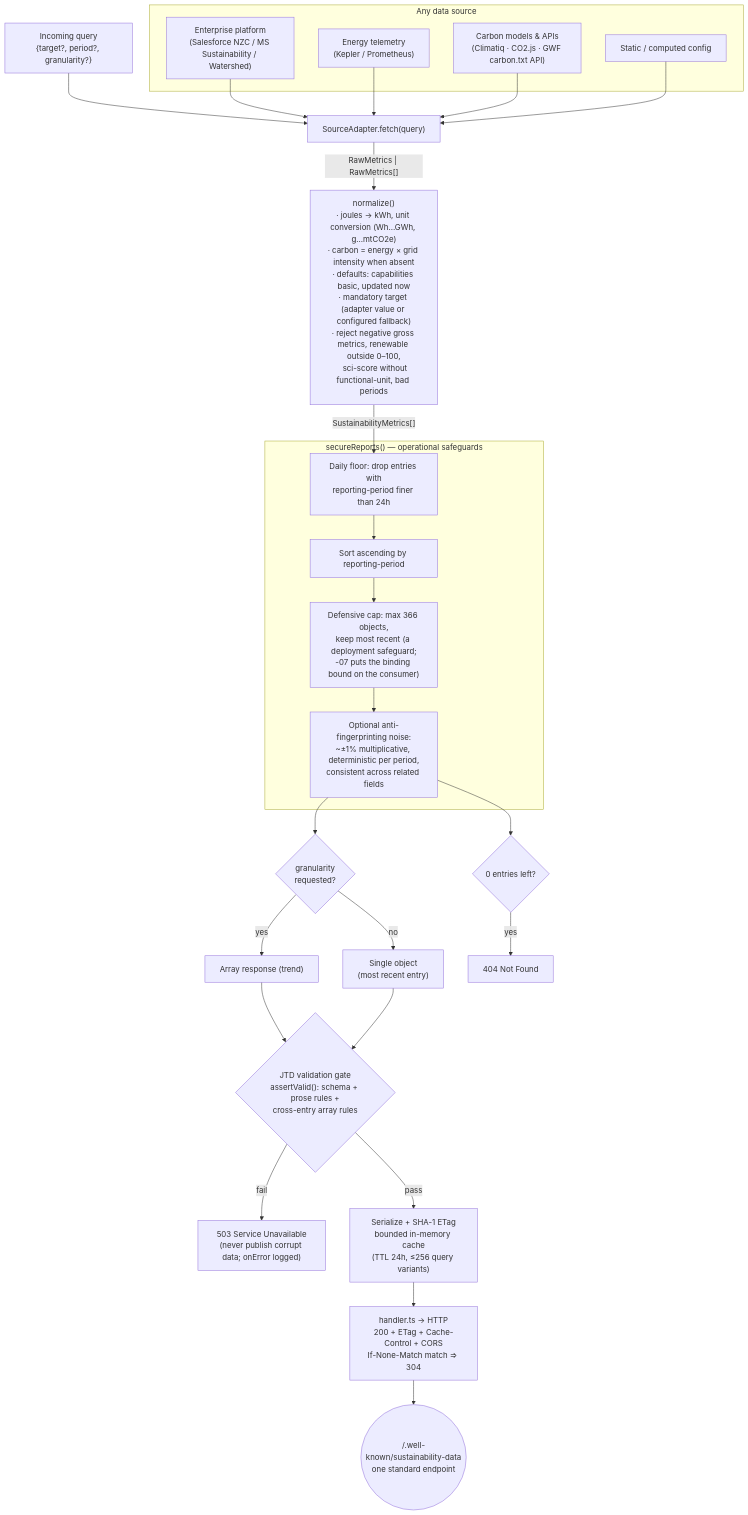
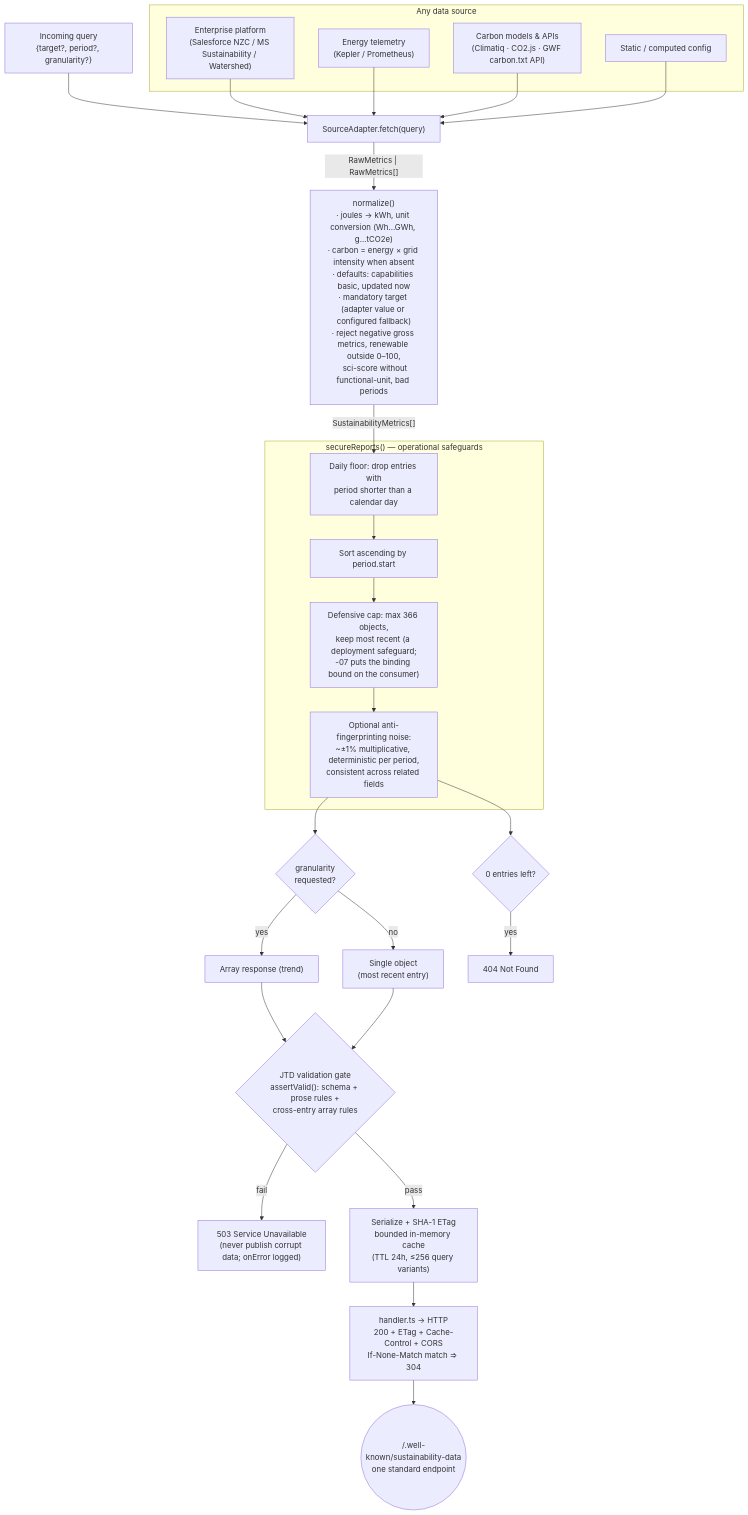
One commit to andreibesleaga/rfc-sustainability-wellknown changed the diagram in architecture/diagrams/gateway-flow.mmd. Above: the diagram before and after it, drawn with Mermaid. The commit also changed 305 other files, not shown here.

```diff
--- a/architecture/diagrams/gateway-flow.mmd
+++ b/architecture/diagrams/gateway-flow.mmd
@@ -1,43 +1,43 @@
 flowchart TD
     Q["Incoming query<br/>{target?, period?, granularity?}"] --> AD
 
     subgraph SRC["Any data source"]
         S1["Enterprise platform<br/>(Salesforce NZC / MS Sustainability / Watershed)"]
         S2["Energy telemetry<br/>(Kepler / Prometheus)"]
         S3["Carbon models & APIs<br/>(Climatiq · CO2.js · GWF carbon.txt API)"]
         S4["Static / computed config"]
     end
 
     S1 --> AD
     S2 --> AD
     S3 --> AD
     S4 --> AD
 
     AD["SourceAdapter.fetch(query)"] -- "RawMetrics | RawMetrics[]" --> N
 
-    N["normalize()<br/>· joules → kWh, unit conversion (Wh…GWh, g…mtCO2e)<br/>· carbon = energy × grid intensity when absent<br/>· defaults: capabilities basic, updated now<br/>· mandatory target (adapter value or configured fallback)<br/>· reject negative gross metrics, renewable outside 0–100,<br/>  sci-score without functional-unit, bad periods"]
+    N["normalize()<br/>· joules → kWh, unit conversion (Wh…GWh, g…tCO2e)<br/>· carbon = energy × grid intensity when absent<br/>· defaults: capabilities basic, updated now<br/>· mandatory target (adapter value or configured fallback)<br/>· reject negative gross metrics, renewable outside 0–100,<br/>  sci-score without functional-unit, bad periods"]
 
     N -- "SustainabilityMetrics[]" --> G1
 
     subgraph SAFE["secureReports() — operational safeguards"]
-        G1["Daily floor: drop entries with<br/>reporting-period finer than 24h"] --> G2
-        G2["Sort ascending by reporting-period"] --> G3
+        G1["Daily floor: drop entries with<br/>period shorter than a calendar day"] --> G2
+        G2["Sort ascending by period.start"] --> G3
         G3["Defensive cap: max 366 objects,<br/>keep most recent (a deployment safeguard;<br/>-07 puts the binding bound on the consumer)"] --> G4
         G4["Optional anti-fingerprinting noise:<br/>~±1% multiplicative, deterministic per period,<br/>consistent across related fields"]
     end
 
     G4 --> SHAPE{"granularity<br/>requested?"}
     SHAPE -- "yes" --> ARR["Array response (trend)"]
     SHAPE -- "no" --> ONE["Single object<br/>(most recent entry)"]
     G4 --> EMPTY{"0 entries left?"}
     EMPTY -- "yes" --> R404["404 Not Found"]
 
     ARR --> V
     ONE --> V
 
     V{"JTD validation gate<br/>assertValid(): schema + prose rules +<br/>cross-entry array rules"}
     V -- "fail" --> R503["503 Service Unavailable<br/>(never publish corrupt data; onError logged)"]
     V -- "pass" --> CACHE["Serialize + SHA-1 ETag<br/>bounded in-memory cache<br/>(TTL 24h, ≤256 query variants)"]
 
     CACHE --> H["handler.ts → HTTP<br/>200 + ETag + Cache-Control + CORS<br/>If-None-Match match ⇒ 304"]
     H --> OUT(("/.well-known/sustainability-data<br/>one standard endpoint"))
```
